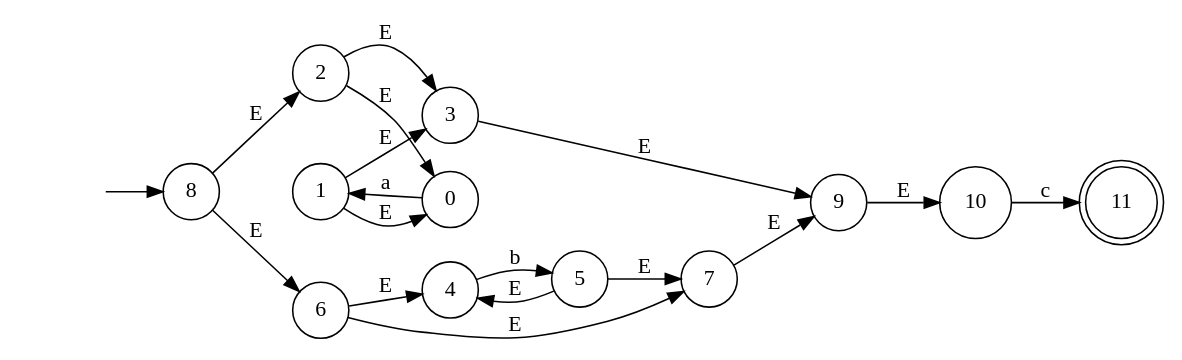
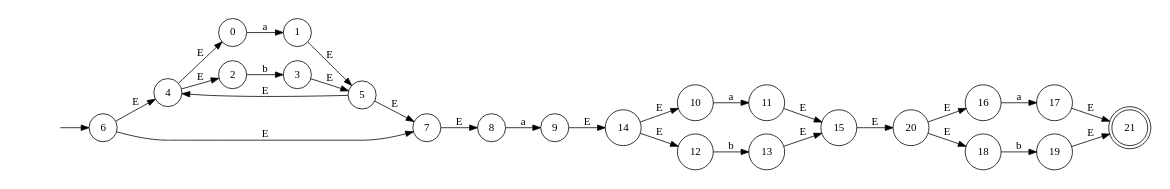
One commit to CrisLayB/ProgrammingLanguageDesign changed the diagram in bin/docs/automataAFN.dot. Above: the diagram before and after it, drawn with Graphviz. The commit also changed 7 other files, not shown here.

```diff
--- a/bin/docs/automataAFN.dot
+++ b/bin/docs/automataAFN.dot
@@ -1,27 +1,37 @@
 digraph "Resultado Automata" {
 rankdir=LR size="8,5"
 node [shape=doublecircle]
-11
+21
 node [shape=circle]
-8
+6
 node [shape=none]
 ""
-""-> 8 [label=""]
+""-> 6 [label=""]
 node [shape=circle]
 0 -> 1[label="a"]
-1 -> 0[label="E"]
-2 -> 3[label="E"]
-2 -> 0[label="E"]
-1 -> 3[label="E"]
-4 -> 5[label="b"]
+2 -> 3[label="b"]
+4 -> 0[label="E"]
+4 -> 2[label="E"]
+1 -> 5[label="E"]
+3 -> 5[label="E"]
 5 -> 4[label="E"]
 6 -> 7[label="E"]
 6 -> 4[label="E"]
 5 -> 7[label="E"]
-8 -> 2[label="E"]
-8 -> 6[label="E"]
-3 -> 9[label="E"]
-7 -> 9[label="E"]
-10 -> 11[label="c"]
-9 -> 10[label="E"]
+8 -> 9[label="a"]
+7 -> 8[label="E"]
+10 -> 11[label="a"]
+12 -> 13[label="b"]
+14 -> 10[label="E"]
+14 -> 12[label="E"]
+11 -> 15[label="E"]
+13 -> 15[label="E"]
+9 -> 14[label="E"]
+16 -> 17[label="a"]
+18 -> 19[label="b"]
+20 -> 16[label="E"]
+20 -> 18[label="E"]
+17 -> 21[label="E"]
+19 -> 21[label="E"]
+15 -> 20[label="E"]
 }
```
